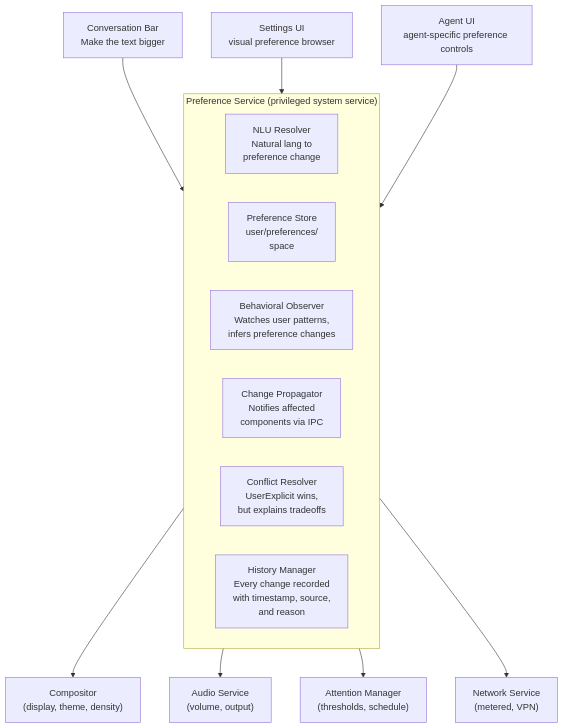
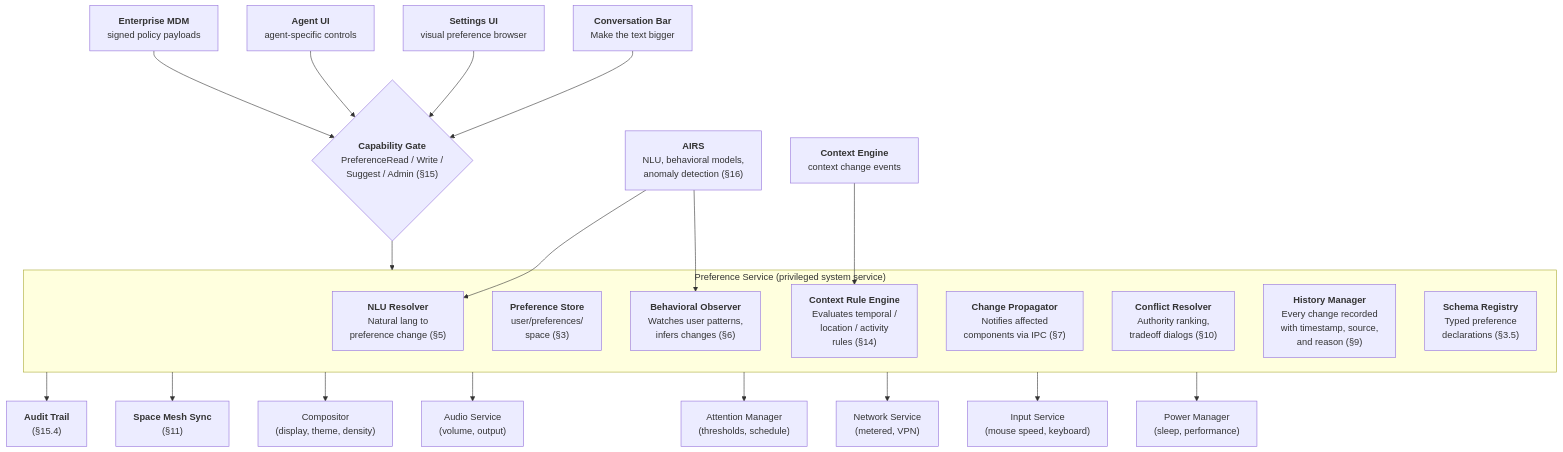
One commit to juslee/aios changed the diagram in docs/intelligence/preferences.md. Above: the diagram before and after it, drawn with Mermaid. The commit also changed other lines of this file and 9 other files, not shown here.

First line of the commit message:
Docs: Add preference system architecture document (hub + 8 sub-docs) (#85)

````diff
--- a/docs/intelligence/preferences.md
+++ b/docs/intelligence/preferences.md
@@ -34,44 +56,76 @@
 ```mermaid
 flowchart TD
-    CB["`Conversation Bar
-Make the text bigger`"]
-    SUI["`Settings UI
-visual preference browser`"]
-    AUI["`Agent UI
-agent-specific preference controls`"]
+    CB["`**Conversation Bar**
+    Make the text bigger`"]
+    SUI["`**Settings UI**
+    visual preference browser`"]
+    AUI["`**Agent UI**
+    agent-specific controls`"]
+    MDM["`**Enterprise MDM**
+    signed policy payloads`"]
 
-    CB --> PS
-    SUI --> PS
-    AUI --> PS
+    CB --> CAP
+    SUI --> CAP
+    AUI --> CAP
+    MDM --> CAP
+
+    CAP{"`**Capability Gate**
+    PreferenceRead / Write /
+    Suggest / Admin (§15)`"}
+
+    CAP --> PS
 
     subgraph PS["Preference Service (privileged system service)"]
-        NLU["`NLU Resolver
-Natural lang to
-preference change`"]
-        STORE["`Preference Store
-user/preferences/
-space`"]
-        BO["`Behavioral Observer
-Watches user patterns,
-infers preference changes`"]
-        CP["`Change Propagator
-Notifies affected
-components via IPC`"]
-        CR["`Conflict Resolver
-UserExplicit wins,
-but explains tradeoffs`"]
-        HM["`History Manager
-Every change recorded
-with timestamp, source,
-and reason`"]
+        NLU["`**NLU Resolver**
+        Natural lang to
+        preference change (§5)`"]
+        STORE["`**Preference Store**
+        user/preferences/
+        space (§3)`"]
+        BO["`**Behavioral Observer**
+        Watches user patterns,
+        infers changes (§6)`"]
+        CRE["`**Context Rule Engine**
+        Evaluates temporal /
+        location / activity
+        rules (§14)`"]
+        CP["`**Change Propagator**
+        Notifies affected
+        components via IPC (§7)`"]
+        CR["`**Conflict Resolver**
+        Authority ranking,
+        tradeoff dialogs (§10)`"]
+        HM["`**History Manager**
+        Every change recorded
+        with timestamp, source,
+        and reason (§9)`"]
+        SR["`**Schema Registry**
+        Typed preference
+        declarations (§3.5)`"]
     end
 
+    PS --> AUDIT["`**Audit Trail**
+    (§15.4)`"]
+    PS --> SYNC["`**Space Mesh Sync**
+    (§11)`"]
+
     PS --> Compositor["`Compositor
-(display, theme, density)`"]
+    (display, theme, density)`"]
     PS --> Audio["`Audio Service
-(volume, output)`"]
+    (volume, output)`"]
     PS --> Attention["`Attention Manager
-(thresholds, schedule)`"]
+    (thresholds, schedule)`"]
     PS --> Network["`Network Service
-(metered, VPN)`"]
+    (metered, VPN)`"]
+    PS --> Input["`Input Service
+    (mouse speed, keyboard)`"]
+    PS --> Power["`Power Manager
+    (sleep, performance)`"]
+
+    CE["`**Context Engine**
+    context change events`"] --> CRE
+    AIRS["`**AIRS**
+    NLU, behavioral models,
+    anomaly detection (§16)`"] --> NLU
+    AIRS --> BO
 ```
````
